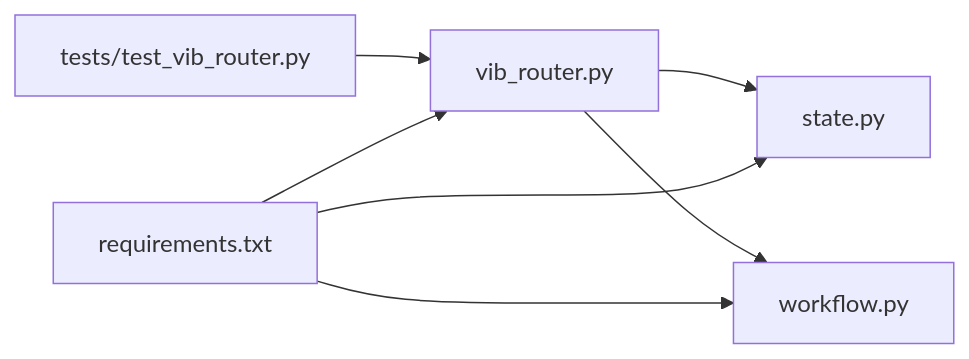
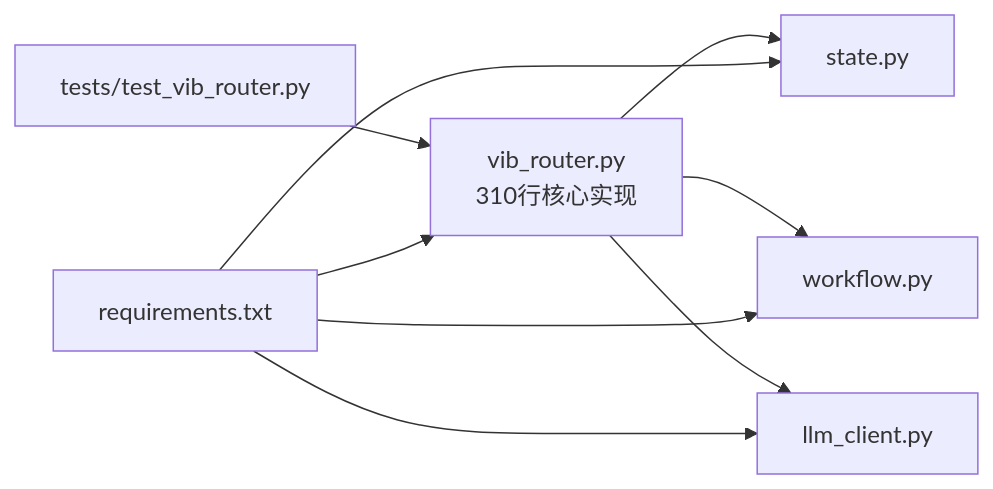
Before and after one commit to QuStarry/VIB-SparseCommunication: the fourth of 4 diagrams in .qoder/repowiki/zh/content/核心架构/VIB路由器.md, drawn with Mermaid. The commit also changed other lines of this file and 28 other files, not shown here.

````diff
--- a/.qoder/repowiki/zh/content/核心架构/VIB路由器.md
+++ b/.qoder/repowiki/zh/content/核心架构/VIB路由器.md
@@ -217,9 +257,11 @@
 ```mermaid
 graph LR
-R["vib_router.py"] --> S["state.py"]
+R["vib_router.py<br/>310行核心实现"] --> S["state.py"]
 R --> W["workflow.py"]
+R --> L["llm_client.py"]
 T["tests/test_vib_router.py"] --> R
 P["requirements.txt"] --> R
 P --> S
 P --> W
+P --> L
 ```
````
